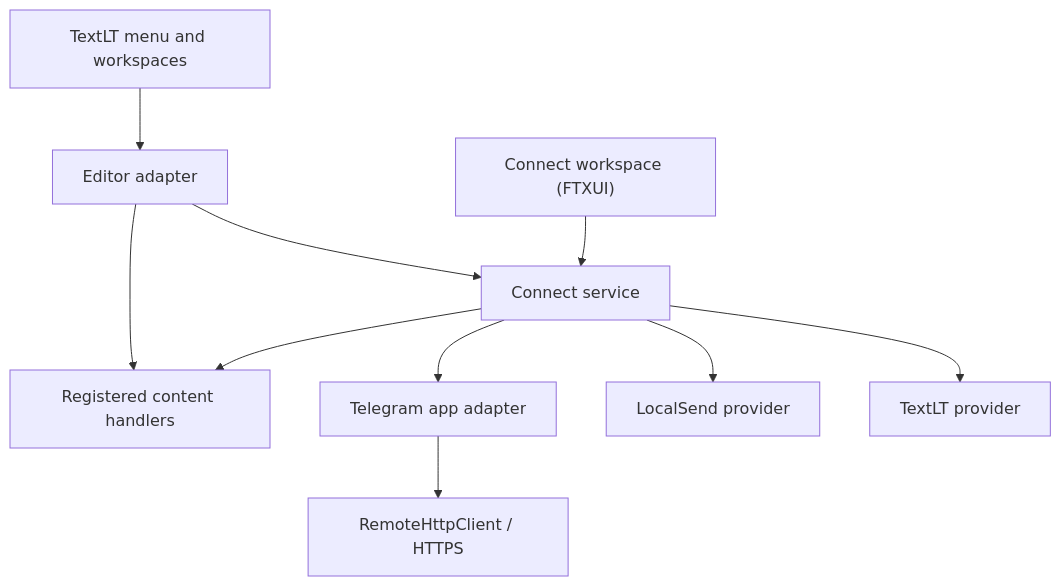
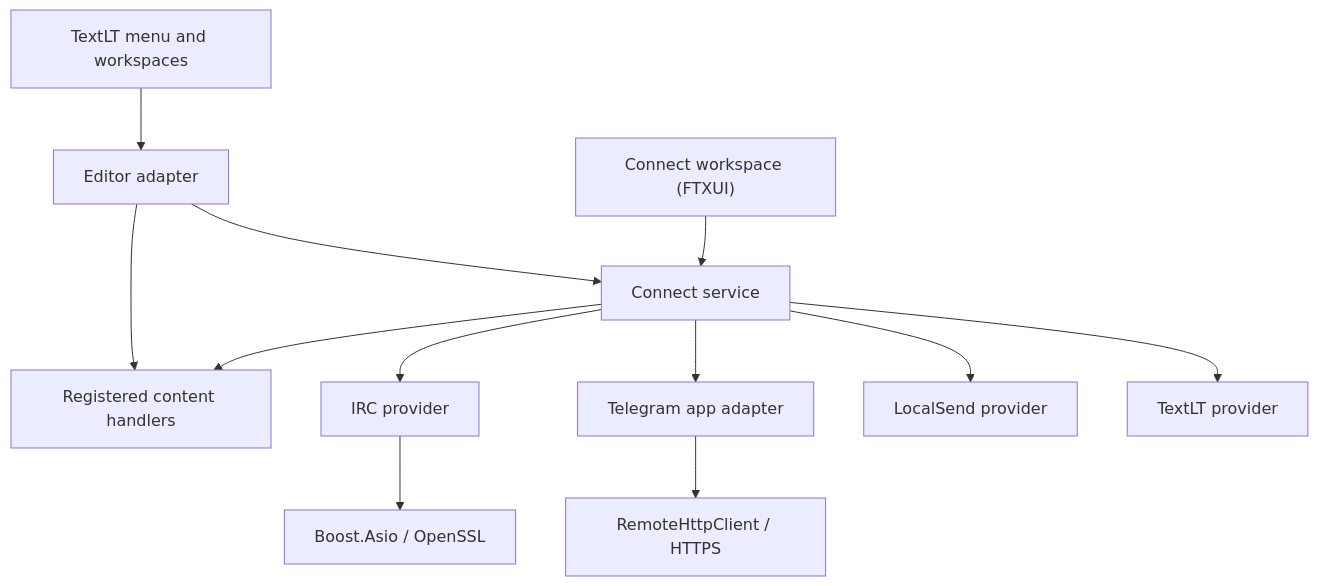
One commit to ihor-liutak2/textlt changed the diagram in docs/connect-architecture.md. Above: the diagram before and after it, drawn with Mermaid. The commit also changed other lines of this file and 23 other files, not shown here.

````diff
--- a/docs/connect-architecture.md
+++ b/docs/connect-architecture.md
@@ -28,12 +28,14 @@
 ```mermaid
 flowchart TB
     App["TextLT menu and workspaces"] --> Adapter["Editor adapter"]
     Adapter --> Service["Connect service"]
     Panel["Connect workspace (FTXUI)"] --> Service
     Service --> Native["TextLT provider"]
     Service --> LocalSend["LocalSend provider"]
     Service --> Telegram["Telegram app adapter"]
+    Service --> IRC["IRC provider"]
+    IRC --> Asio["Boost.Asio / OpenSSL"]
     Telegram --> Http["RemoteHttpClient / HTTPS"]
     Service --> Handlers["Registered content handlers"]
     Adapter --> Handlers
 ```
````
